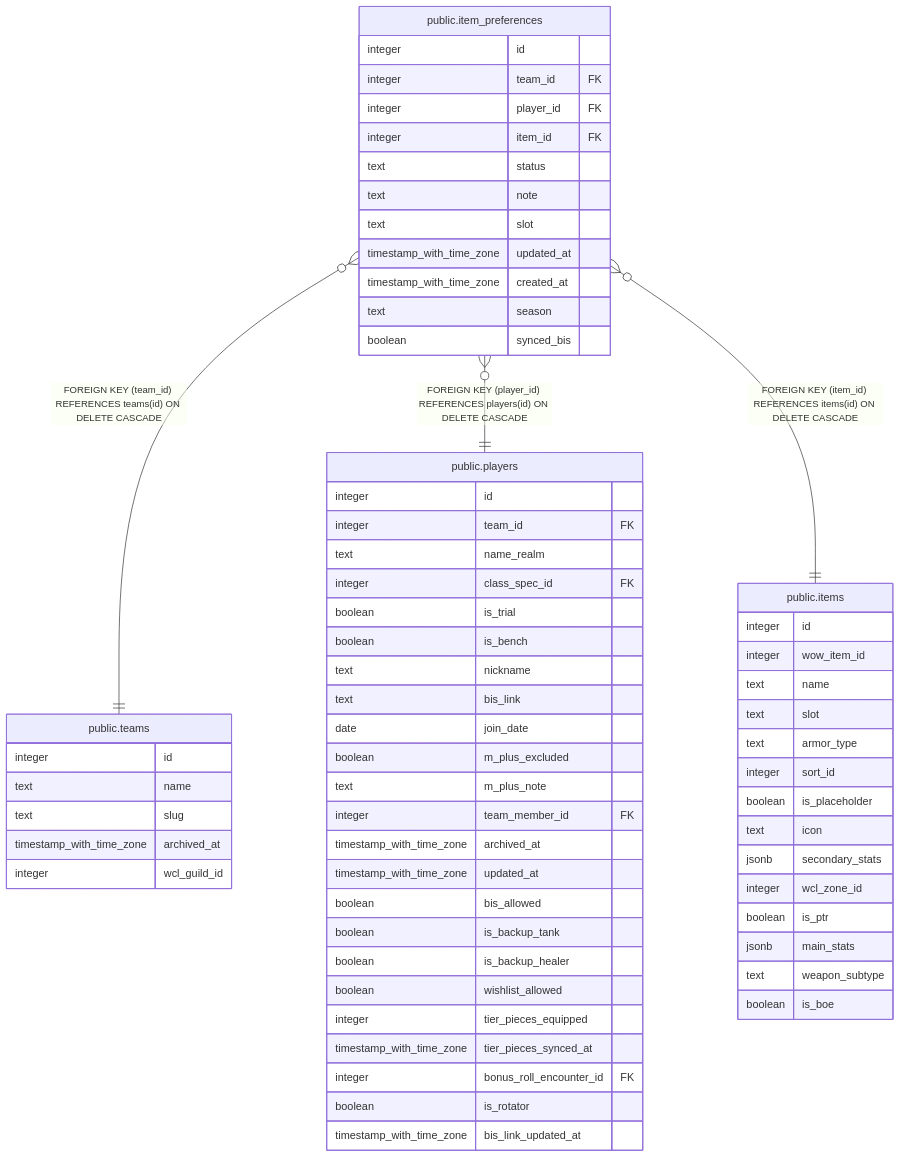
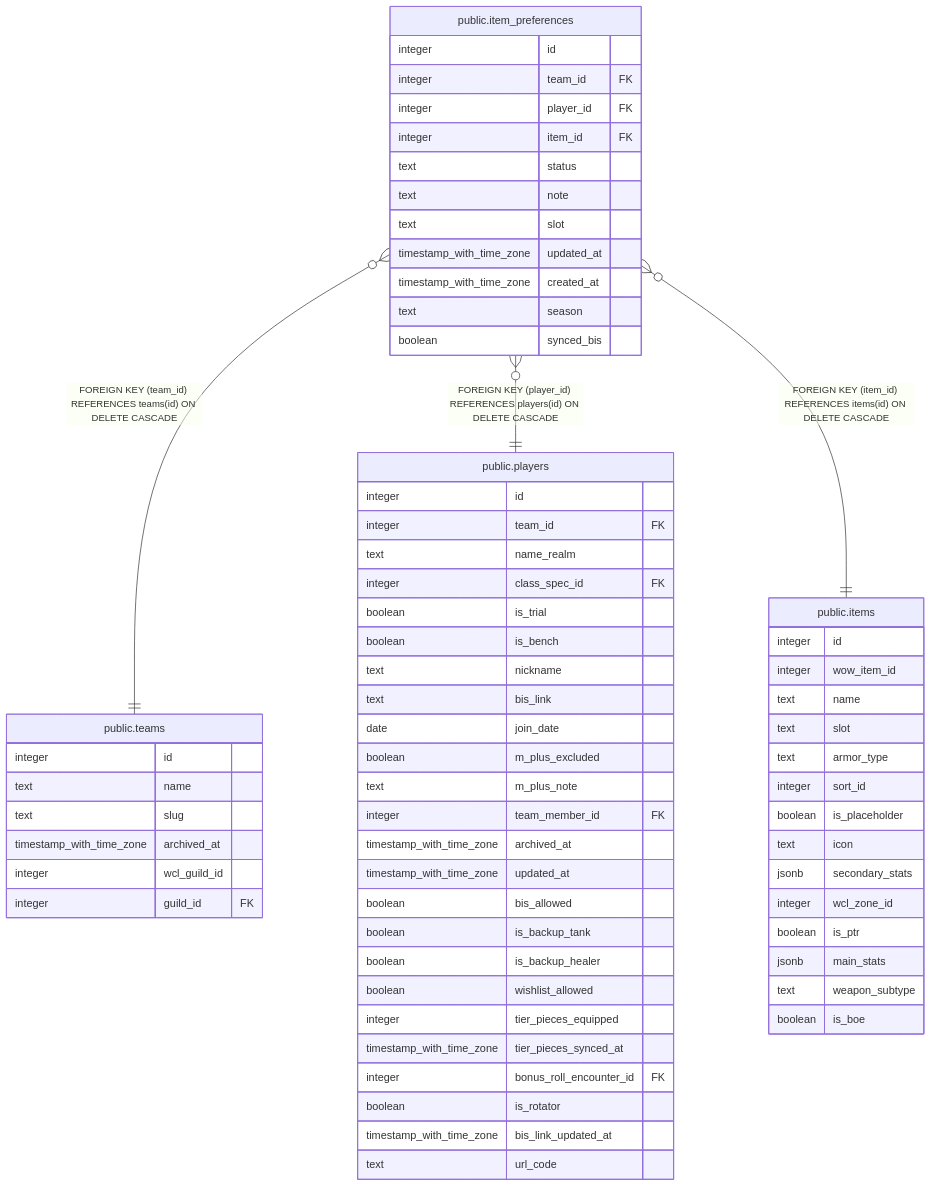
The diagram in dbdoc/public.item_preferences.md (katogaming88/WGA-Raid-Hub), drawn with Mermaid before and after one commit. The commit also changed 62 other files, not shown here.

````diff
--- a/dbdoc/public.item_preferences.md
+++ b/dbdoc/public.item_preferences.md
@@ -46,69 +46,71 @@
 ```mermaid
 erDiagram
 
 "public.item_preferences" }o--|| "public.teams" : "FOREIGN KEY (team_id) REFERENCES teams(id) ON DELETE CASCADE"
 "public.item_preferences" }o--|| "public.players" : "FOREIGN KEY (player_id) REFERENCES players(id) ON DELETE CASCADE"
 "public.item_preferences" }o--|| "public.items" : "FOREIGN KEY (item_id) REFERENCES items(id) ON DELETE CASCADE"
 
 "public.item_preferences" {
   integer id
   integer team_id FK
   integer player_id FK
   integer item_id FK
   text status
   text note
   text slot
   timestamp_with_time_zone updated_at
   timestamp_with_time_zone created_at
   text season
   boolean synced_bis
 }
 "public.teams" {
   integer id
   text name
   text slug
   timestamp_with_time_zone archived_at
   integer wcl_guild_id
+  integer guild_id FK
 }
 "public.players" {
   integer id
   integer team_id FK
   text name_realm
   integer class_spec_id FK
   boolean is_trial
   boolean is_bench
   text nickname
   text bis_link
   date join_date
   boolean m_plus_excluded
   text m_plus_note
   integer team_member_id FK
   timestamp_with_time_zone archived_at
   timestamp_with_time_zone updated_at
   boolean bis_allowed
   boolean is_backup_tank
   boolean is_backup_healer
   boolean wishlist_allowed
   integer tier_pieces_equipped
   timestamp_with_time_zone tier_pieces_synced_at
   integer bonus_roll_encounter_id FK
   boolean is_rotator
   timestamp_with_time_zone bis_link_updated_at
+  text url_code
 }
 "public.items" {
   integer id
   integer wow_item_id
   text name
   text slot
   text armor_type
   integer sort_id
   boolean is_placeholder
   text icon
   jsonb secondary_stats
   integer wcl_zone_id
   boolean is_ptr
   jsonb main_stats
   text weapon_subtype
   boolean is_boe
 }
 ```
````
